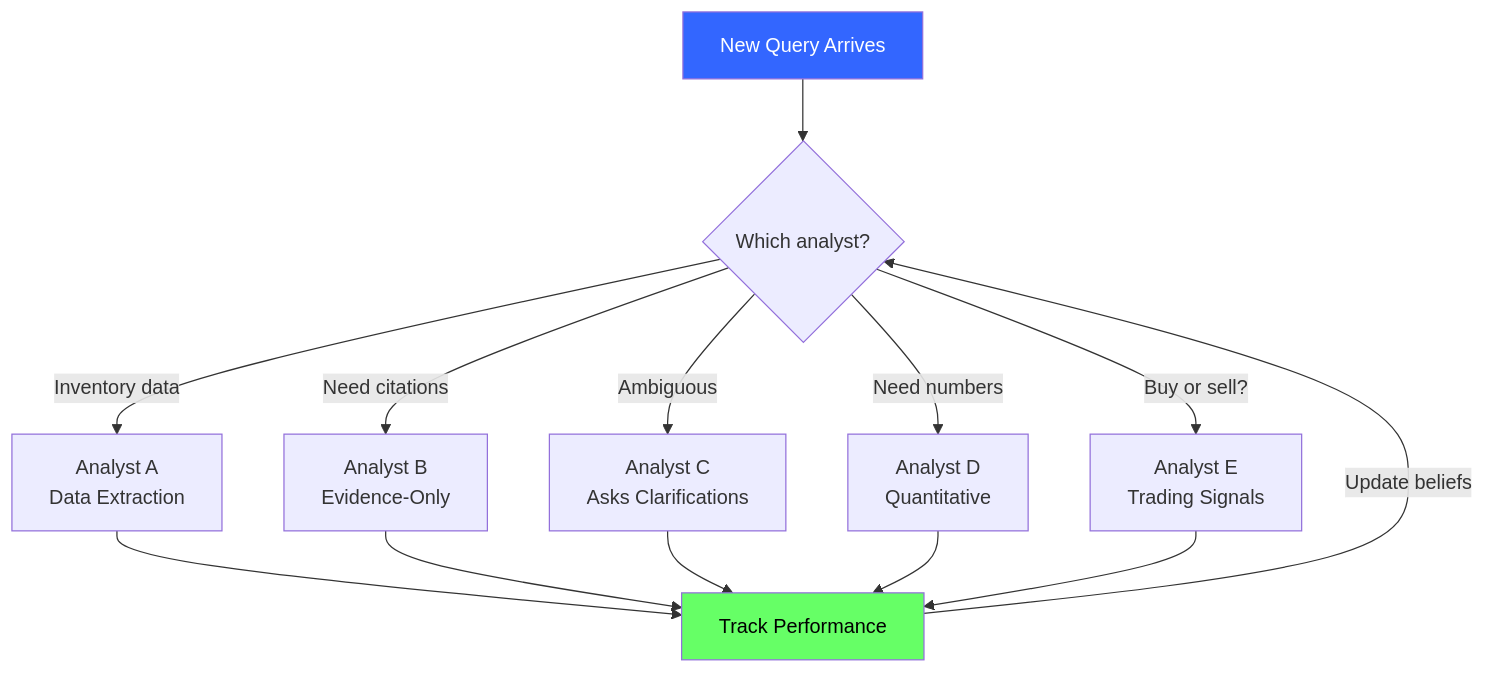
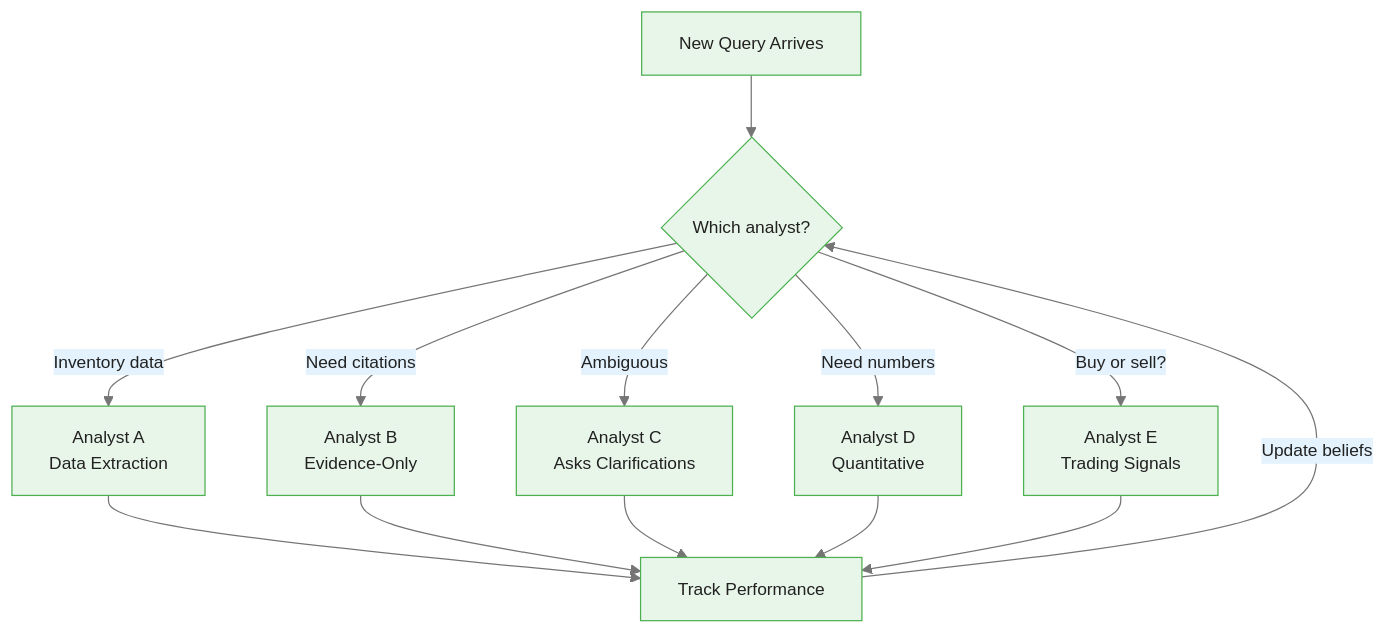
Before and after one commit to m-deane/course-creator: the third of 4 diagrams in courses/multi-armed-bandits-ab-testing/modules/module_08_prompt_routing_bandits/guides/01_prompt_routing_fundamentals_slides.md, drawn with Mermaid. The commit also changed other lines of this file and 146 other files, not shown here.

````diff
--- a/courses/multi-armed-bandits-ab-testing/modules/module_08_prompt_routing_bandits/guides/01_prompt_routing_fundamentals_slides.md
+++ b/courses/multi-armed-bandits-ab-testing/modules/module_08_prompt_routing_bandits/guides/01_prompt_routing_fundamentals_slides.md
@@ -169,16 +212,14 @@
 ```mermaid
+%%{init: {"theme": "base", "themeVariables": {"primaryColor": "#e8f5e9", "primaryBorderColor": "#4caf50", "primaryTextColor": "#212121", "secondaryColor": "#e3f2fd", "tertiaryColor": "#fff8e1", "lineColor": "#757575", "fontFamily": "Inter, sans-serif", "fontSize": "14px"}}}%%
 flowchart TD
     Q["New Query Arrives"] --> Route{Which analyst?}
 
     Route -->|"Inventory data"| A["Analyst A<br/>Data Extraction"]
     Route -->|"Need citations"| B["Analyst B<br/>Evidence-Only"]
     Route -->|"Ambiguous"| C["Analyst C<br/>Asks Clarifications"]
     Route -->|"Need numbers"| D["Analyst D<br/>Quantitative"]
     Route -->|"Buy or sell?"| E["Analyst E<br/>Trading Signals"]
 
     A & B & C & D & E --> Learn["Track Performance"]
     Learn --> |"Update beliefs"| Route
-
-    style Q fill:#36f,color:#fff
-    style Learn fill:#6f6,color:#000
 ```
````
